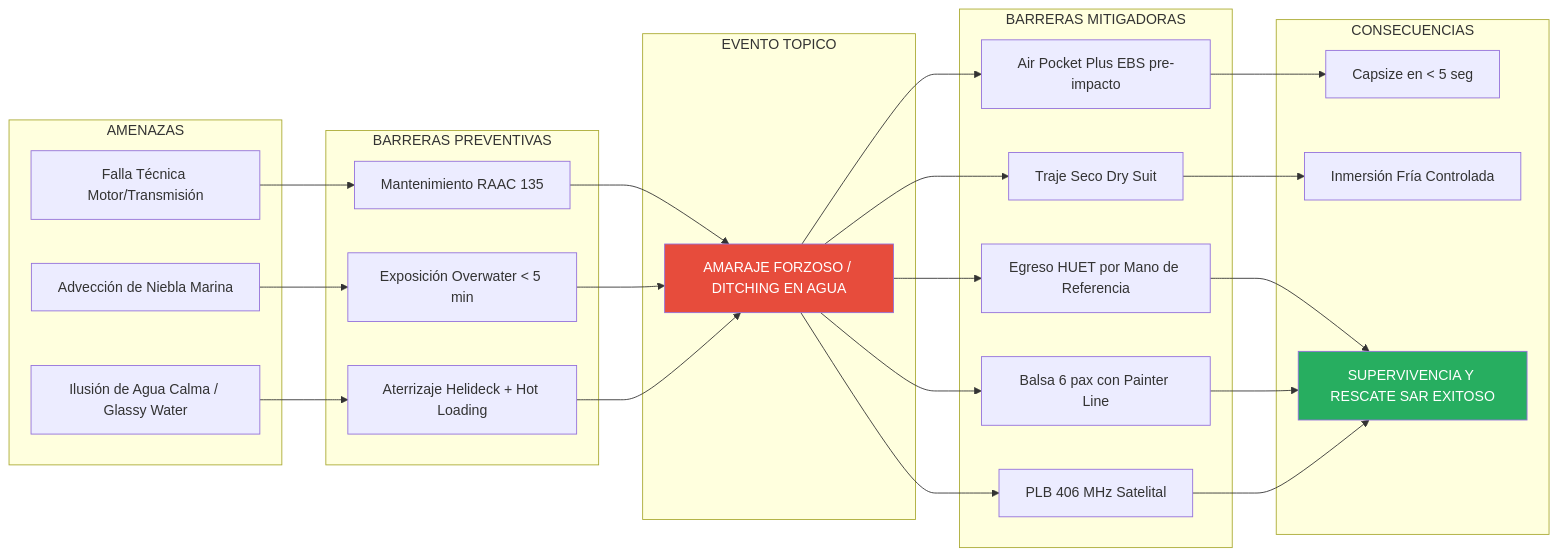
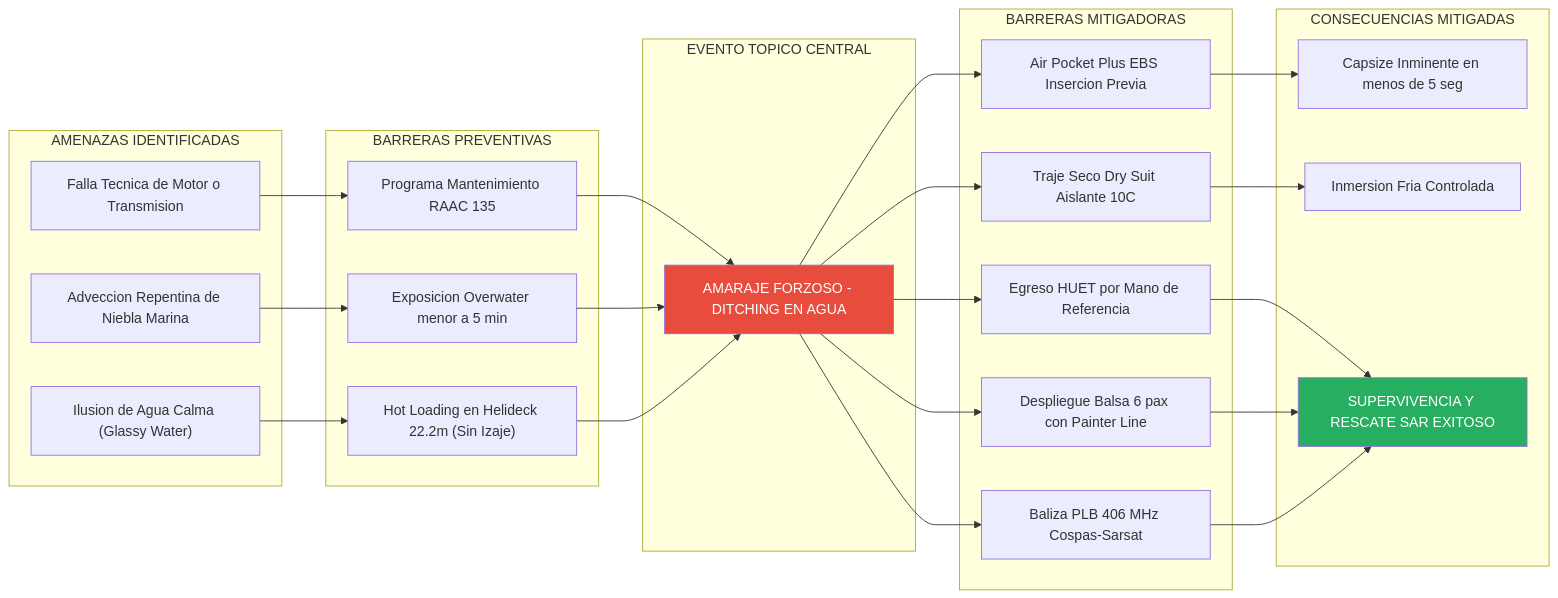
One commit to eforgan/efbbo105 changed the third of 3 diagrams in curso-hems-offshore-bo105.md. Above: the diagram before and after it, drawn with Mermaid. The commit also changed 1 other file, not shown here.

Commit message:
Fix Mermaid diagram syntax in Section OF9.3 and organize headings

````diff
--- a/curso-hems-offshore-bo105.md
+++ b/curso-hems-offshore-bo105.md
@@ -163,45 +163,45 @@
 ```mermaid
 graph LR
-    subgraph AMENAZAS
-        T1[Falla Técnica Motor/Transmisión]
-        T2[Advección de Niebla Marina]
-        T3[Ilusión de Agua Calma / Glassy Water]
+    subgraph AMENAZAS["AMENAZAS IDENTIFICADAS"]
+        T1["Falla Tecnica de Motor o Transmision"]
+        T2["Adveccion Repentina de Niebla Marina"]
+        T3["Ilusion de Agua Calma (Glassy Water)"]
     end
 
-    subgraph BARRERAS PREVENTIVAS
-        P1[Mantenimiento RAAC 135]
-        P2[Exposición Overwater < 5 min]
-        P3[Aterrizaje Helideck + Hot Loading]
+    subgraph BARRERAS_PREVENTIVAS["BARRERAS PREVENTIVAS"]
+        P1["Programa Mantenimiento RAAC 135"]
+        P2["Exposicion Overwater menor a 5 min"]
+        P3["Hot Loading en Helideck 22.2m (Sin Izaje)"]
     end
 
-    subgraph EVENTO TOPICO
-        TE[AMARAJE FORZOSO / DITCHING EN AGUA]
+    subgraph EVENTO_TOPICO["EVENTO TOPICO CENTRAL"]
+        TE["AMARAJE FORZOSO - DITCHING EN AGUA"]
     end
 
-    subgraph BARRERAS MITIGADORAS
-        M1[Air Pocket Plus EBS pre-impacto]
-        M2[Traje Seco Dry Suit]
-        M3[Egreso HUET por Mano de Referencia]
-        M4[Balsa 6 pax con Painter Line]
-        M5[PLB 406 MHz Satelital]
+    subgraph BARRERAS_MITIGADORAS["BARRERAS MITIGADORAS"]
+        M1["Air Pocket Plus EBS Insercion Previa"]
+        M2["Traje Seco Dry Suit Aislante 10C"]
+        M3["Egreso HUET por Mano de Referencia"]
+        M4["Despliegue Balsa 6 pax con Painter Line"]
+        M5["Baliza PLB 406 MHz Cospas-Sarsat"]
     end
 
-    subgraph CONSECUENCIAS
-        C1[Capsize en < 5 seg]
-        C2[Inmersión Fría Controlada]
-        C3[SUPERVIVENCIA Y RESCATE SAR EXITOSO]
+    subgraph CONSECUENCIAS["CONSECUENCIAS MITIGADAS"]
+        C1["Capsize Inminente en menos de 5 seg"]
+        C2["Inmersion Fria Controlada"]
+        C3["SUPERVIVENCIA Y RESCATE SAR EXITOSO"]
     end
 
     T1 --> P1 --> TE
     T2 --> P2 --> TE
     T3 --> P3 --> TE
 
     TE --> M1 --> C1
     TE --> M2 --> C2
     TE --> M3 --> C3
     TE --> M4 --> C3
     TE --> M5 --> C3
 
     style TE fill:#e74c3c,color:#fff
     style C3 fill:#27ae60,color:#fff
 ```
````
